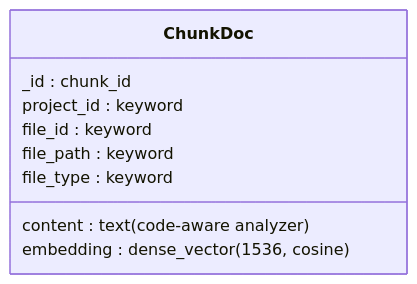
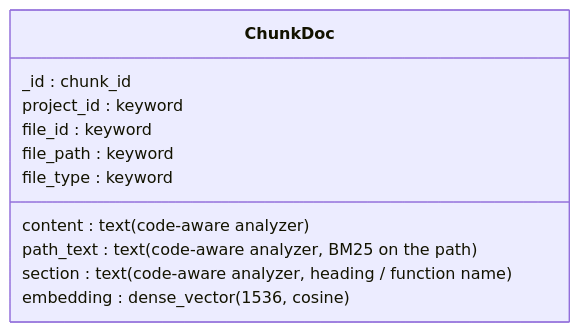
Before and after one commit to Shashank8602/DevDocs: the second of 3 diagrams in Docs/Plan/Diagrams/03-data-model.md, drawn with Mermaid. The commit also changed other lines of this file and 83 other files, not shown here.

````diff
--- a/Docs/Plan/Diagrams/03-data-model.md
+++ b/Docs/Plan/Diagrams/03-data-model.md
@@ -79,12 +82,14 @@
 ```mermaid
 classDiagram
     class ChunkDoc {
         _id : chunk_id
         project_id : keyword
         file_id : keyword
         file_path : keyword
         file_type : keyword
         content : text (code-aware analyzer)
+        path_text : text (code-aware analyzer, BM25 on the path)
+        section : text (code-aware analyzer, heading / function name)
         embedding : dense_vector(1536, cosine)
     }
 ```
````
